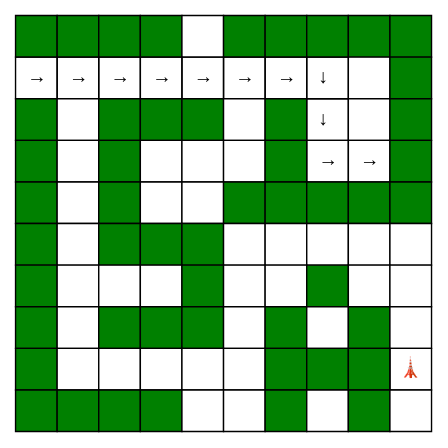
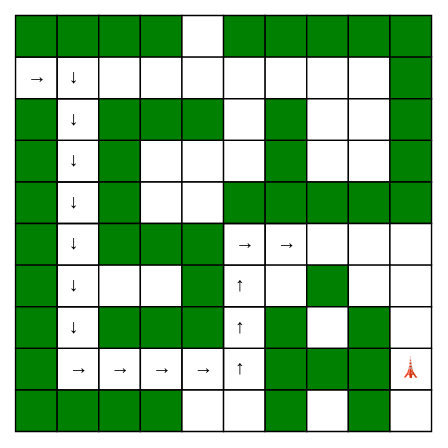
One commit to Changyue-Tan/COMP9024 changed the diagram in tut/week10/images/HtmlMaze_0057.dot. Above: the diagram before and after it, drawn with Graphviz. The commit also changed 342 other files, not shown here.

```diff
--- a/tut/week10/images/HtmlMaze_0057.dot
+++ b/tut/week10/images/HtmlMaze_0057.dot
@@ -1,126 +1,126 @@
 digraph maze { 
 Maze [shape=none, margin=0, label=< 
 <table border="0" cellborder="1" cellspacing="0" cellpadding="0"> 
 <tr> 
 <td width="30" height="30" bgcolor="green"></td> 
 <td width="30" height="30" bgcolor="green"></td> 
 <td width="30" height="30" bgcolor="green"></td> 
 <td width="30" height="30" bgcolor="green"></td> 
 <td width="30" height="30" bgcolor="white"></td> 
 <td width="30" height="30" bgcolor="green"></td> 
 <td width="30" height="30" bgcolor="green"></td> 
 <td width="30" height="30" bgcolor="green"></td> 
 <td width="30" height="30" bgcolor="green"></td> 
 <td width="30" height="30" bgcolor="green"></td> 
 </tr> 
 <tr> 
 <td width="30" height="30">&#x2192;</td> 
-<td width="30" height="30">&#x2192;</td> 
-<td width="30" height="30">&#x2192;</td> 
-<td width="30" height="30">&#x2192;</td> 
-<td width="30" height="30">&#x2192;</td> 
-<td width="30" height="30">&#x2192;</td> 
-<td width="30" height="30">&#x2192;</td> 
 <td width="30" height="30">&#x2193;</td> 
+<td width="30" height="30" bgcolor="white"></td> 
+<td width="30" height="30" bgcolor="white"></td> 
+<td width="30" height="30" bgcolor="white"></td> 
+<td width="30" height="30" bgcolor="white"></td> 
+<td width="30" height="30" bgcolor="white"></td> 
+<td width="30" height="30" bgcolor="white"></td> 
 <td width="30" height="30" bgcolor="white"></td> 
 <td width="30" height="30" bgcolor="green"></td> 
 </tr> 
 <tr> 
 <td width="30" height="30" bgcolor="green"></td> 
-<td width="30" height="30" bgcolor="white"></td> 
+<td width="30" height="30">&#x2193;</td> 
 <td width="30" height="30" bgcolor="green"></td> 
 <td width="30" height="30" bgcolor="green"></td> 
 <td width="30" height="30" bgcolor="green"></td> 
 <td width="30" height="30" bgcolor="white"></td> 
 <td width="30" height="30" bgcolor="green"></td> 
-<td width="30" height="30">&#x2193;</td> 
+<td width="30" height="30" bgcolor="white"></td> 
 <td width="30" height="30" bgcolor="white"></td> 
 <td width="30" height="30" bgcolor="green"></td> 
 </tr> 
 <tr> 
 <td width="30" height="30" bgcolor="green"></td> 
-<td width="30" height="30" bgcolor="white"></td> 
+<td width="30" height="30">&#x2193;</td> 
 <td width="30" height="30" bgcolor="green"></td> 
 <td width="30" height="30" bgcolor="white"></td> 
 <td width="30" height="30" bgcolor="white"></td> 
 <td width="30" height="30" bgcolor="white"></td> 
 <td width="30" height="30" bgcolor="green"></td> 
-<td width="30" height="30">&#x2192;</td> 
-<td width="30" height="30">&#x2192;</td> 
+<td width="30" height="30" bgcolor="white"></td> 
+<td width="30" height="30" bgcolor="white"></td> 
 <td width="30" height="30" bgcolor="green"></td> 
 </tr> 
 <tr> 
 <td width="30" height="30" bgcolor="green"></td> 
-<td width="30" height="30" bgcolor="white"></td> 
+<td width="30" height="30">&#x2193;</td> 
 <td width="30" height="30" bgcolor="green"></td> 
 <td width="30" height="30" bgcolor="white"></td> 
 <td width="30" height="30" bgcolor="white"></td> 
 <td width="30" height="30" bgcolor="green"></td> 
 <td width="30" height="30" bgcolor="green"></td> 
 <td width="30" height="30" bgcolor="green"></td> 
 <td width="30" height="30" bgcolor="green"></td> 
 <td width="30" height="30" bgcolor="green"></td> 
 </tr> 
 <tr> 
 <td width="30" height="30" bgcolor="green"></td> 
-<td width="30" height="30" bgcolor="white"></td> 
+<td width="30" height="30">&#x2193;</td> 
 <td width="30" height="30" bgcolor="green"></td> 
 <td width="30" height="30" bgcolor="green"></td> 
 <td width="30" height="30" bgcolor="green"></td> 
-<td width="30" height="30" bgcolor="white"></td> 
-<td width="30" height="30" bgcolor="white"></td> 
+<td width="30" height="30">&#x2192;</td> 
+<td width="30" height="30">&#x2192;</td> 
 <td width="30" height="30" bgcolor="white"></td> 
 <td width="30" height="30" bgcolor="white"></td> 
 <td width="30" height="30" bgcolor="white"></td> 
 </tr> 
 <tr> 
 <td width="30" height="30" bgcolor="green"></td> 
-<td width="30" height="30" bgcolor="white"></td> 
+<td width="30" height="30">&#x2193;</td> 
 <td width="30" height="30" bgcolor="white"></td> 
 <td width="30" height="30" bgcolor="white"></td> 
 <td width="30" height="30" bgcolor="green"></td> 
-<td width="30" height="30" bgcolor="white"></td> 
+<td width="30" height="30">&#x2191;</td> 
 <td width="30" height="30" bgcolor="white"></td> 
 <td width="30" height="30" bgcolor="green"></td> 
 <td width="30" height="30" bgcolor="white"></td> 
 <td width="30" height="30" bgcolor="white"></td> 
 </tr> 
 <tr> 
 <td width="30" height="30" bgcolor="green"></td> 
-<td width="30" height="30" bgcolor="white"></td> 
+<td width="30" height="30">&#x2193;</td> 
 <td width="30" height="30" bgcolor="green"></td> 
 <td width="30" height="30" bgcolor="green"></td> 
 <td width="30" height="30" bgcolor="green"></td> 
-<td width="30" height="30" bgcolor="white"></td> 
+<td width="30" height="30">&#x2191;</td> 
 <td width="30" height="30" bgcolor="green"></td> 
 <td width="30" height="30" bgcolor="white"></td> 
 <td width="30" height="30" bgcolor="green"></td> 
 <td width="30" height="30" bgcolor="white"></td> 
 </tr> 
 <tr> 
 <td width="30" height="30" bgcolor="green"></td> 
-<td width="30" height="30" bgcolor="white"></td> 
-<td width="30" height="30" bgcolor="white"></td> 
-<td width="30" height="30" bgcolor="white"></td> 
-<td width="30" height="30" bgcolor="white"></td> 
-<td width="30" height="30" bgcolor="white"></td> 
+<td width="30" height="30">&#x2192;</td> 
+<td width="30" height="30">&#x2192;</td> 
+<td width="30" height="30">&#x2192;</td> 
+<td width="30" height="30">&#x2192;</td> 
+<td width="30" height="30">&#x2191;</td> 
 <td width="30" height="30" bgcolor="green"></td> 
 <td width="30" height="30" bgcolor="green"></td> 
 <td width="30" height="30" bgcolor="green"></td> 
 <td width="30" height="30">&#128508;</td> 
 </tr> 
 <tr> 
 <td width="30" height="30" bgcolor="green"></td> 
 <td width="30" height="30" bgcolor="green"></td> 
 <td width="30" height="30" bgcolor="green"></td> 
 <td width="30" height="30" bgcolor="green"></td> 
 <td width="30" height="30" bgcolor="white"></td> 
 <td width="30" height="30" bgcolor="white"></td> 
 <td width="30" height="30" bgcolor="green"></td> 
 <td width="30" height="30" bgcolor="white"></td> 
 <td width="30" height="30" bgcolor="green"></td> 
 <td width="30" height="30" bgcolor="white"></td> 
 </tr> 
 </table> 
   >]; 
 } 
```
